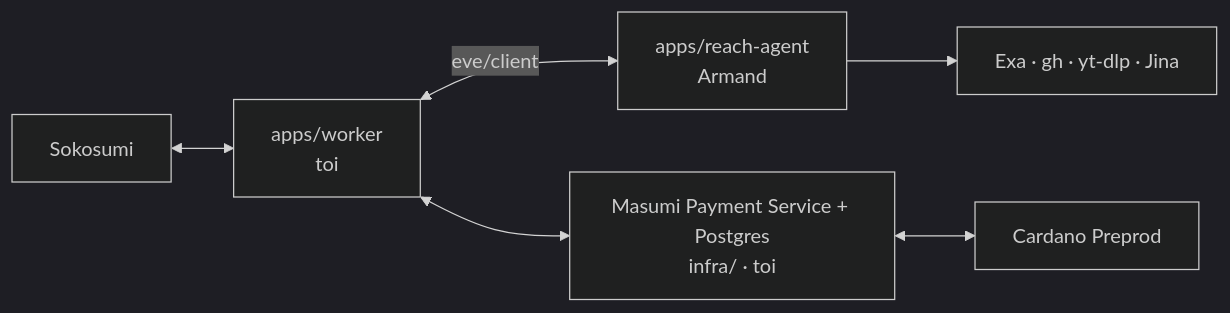
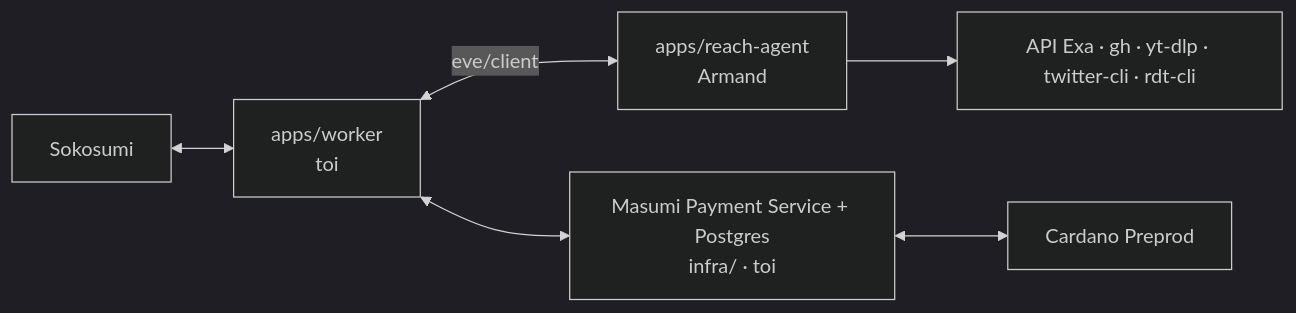
One commit to DVB-ANS/cardano-reach changed the diagram in docs/ONBOARDING.md. Above: the diagram before and after it, drawn with Mermaid (dark theme). The commit also changed other lines of this file and 20 other files, not shown here.

Commit message:
feat(agent): API Exa (search + contents), canaux X et Reddit (#6)

````diff
--- a/docs/ONBOARDING.md
+++ b/docs/ONBOARDING.md
@@ -24,8 +24,8 @@
 ```mermaid
 flowchart LR
   U[Sokosumi] <--> W[apps/worker<br/>toi]
   W <-->|eve/client| A[apps/reach-agent<br/>Armand]
-  A --> S[Exa · gh · yt-dlp · Jina]
+  A --> S[API Exa · gh · yt-dlp · twitter-cli · rdt-cli]
   W <--> M[Masumi Payment Service + Postgres<br/>infra/ · toi]
   M <--> C[Cardano Preprod]
 ```
````
